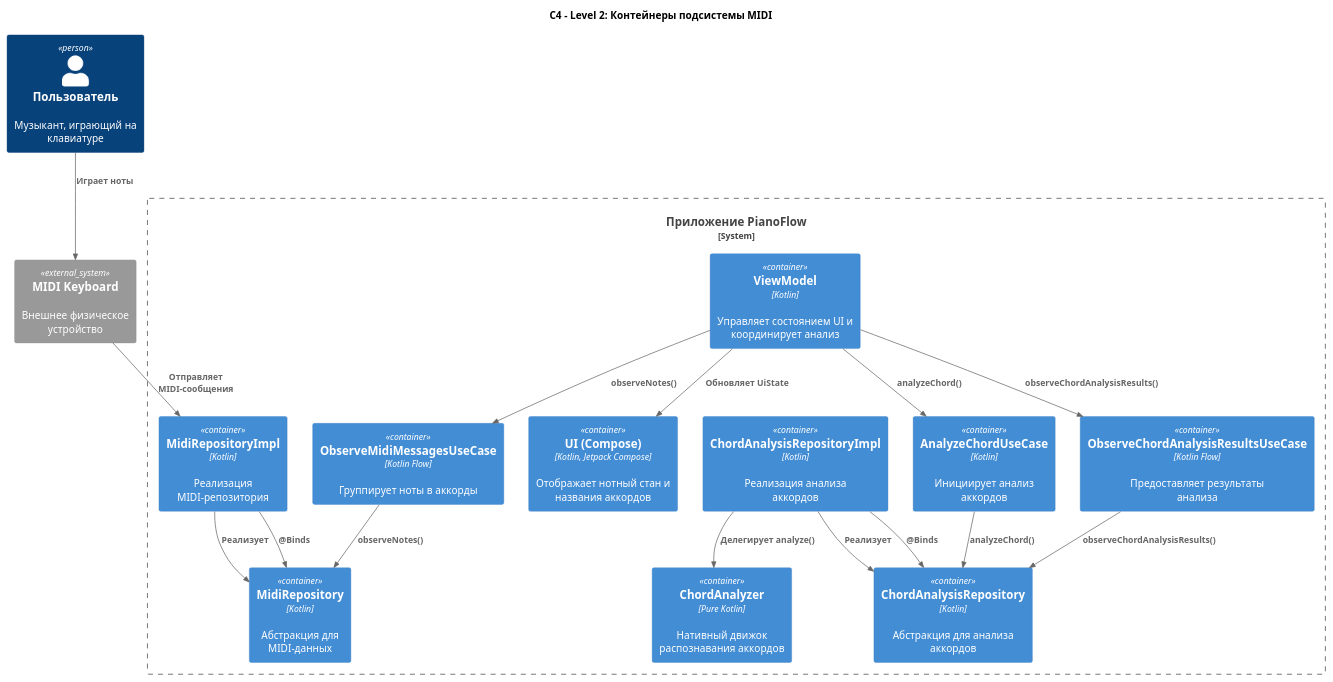
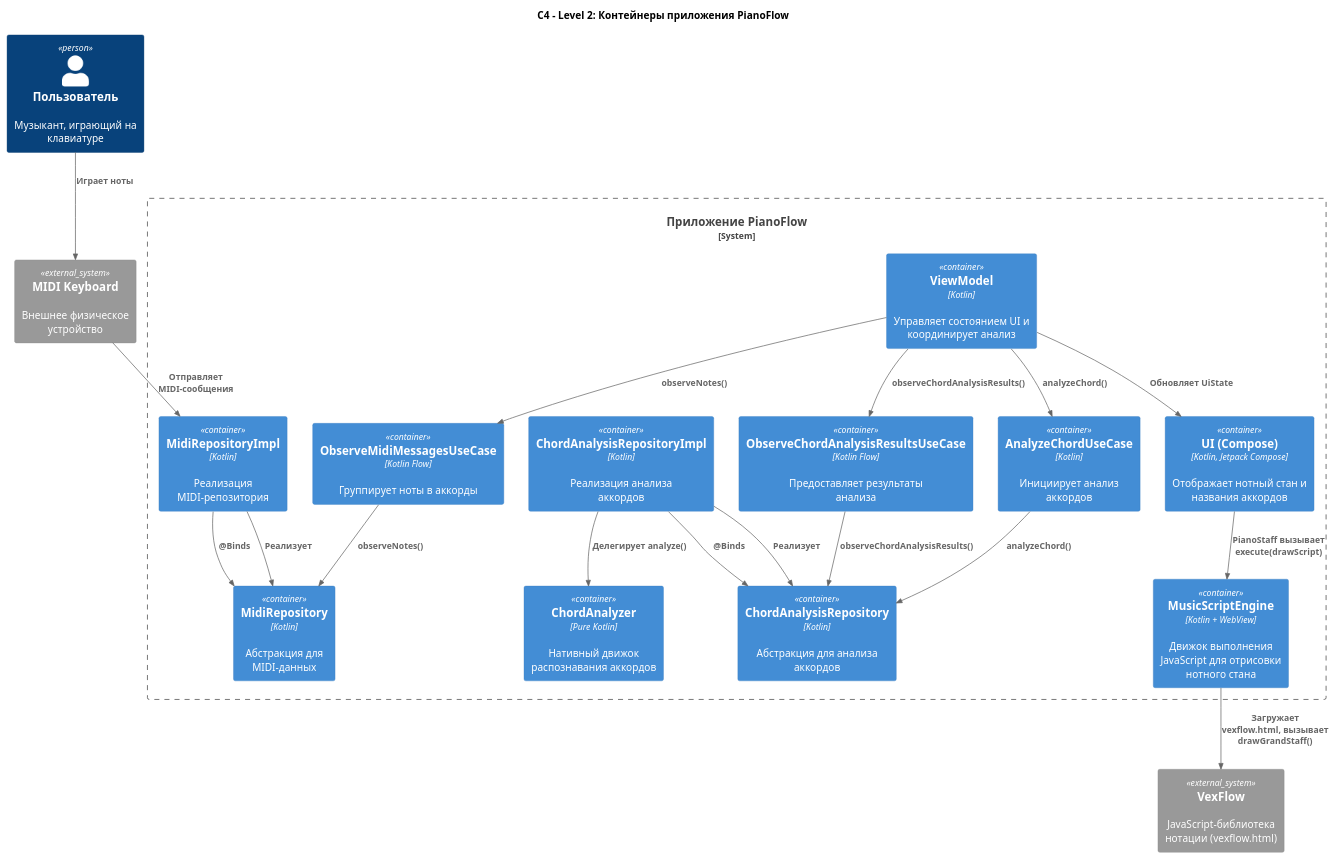
One commit to astrizhachuk/PianoFlow changed the first of 10 diagrams in docs/ru/specs/MIDI_MESSAGE_PROCESSING.md. Above: the diagram before and after it, drawn with PlantUML. The commit also changed other lines of this file and 5 other files, not shown here.

Commit message:
refactor: добавить MusicScriptEngine для выполнения JavaScript в WebView и тесты для него

````diff
--- a/docs/ru/specs/MIDI_MESSAGE_PROCESSING.md
+++ b/docs/ru/specs/MIDI_MESSAGE_PROCESSING.md
@@ -49,43 +52,47 @@
 ```plantuml
 @startuml
 !include https://raw.githubusercontent.com/plantuml-stdlib/C4-PlantUML/master/C4_Container.puml
 
-title C4 - Level 2: Контейнеры подсистемы MIDI
+title C4 - Level 2: Контейнеры приложения PianoFlow
 
 Person(user, "Пользователь", "Музыкант, играющий на клавиатуре")
 System_Ext(midi_device, "MIDI Keyboard", "Внешнее физическое устройство")
+System_Ext(vexflow, "VexFlow", "JavaScript-библиотека нотации (vexflow.html)")
 
 System_Boundary(piano_flow, "Приложение PianoFlow") {
     Container(ui, "UI (Compose)", "Kotlin, Jetpack Compose", "Отображает нотный стан и названия аккордов")
     Container(vm, "ViewModel", "Kotlin", "Управляет состоянием UI и координирует анализ")
     Container(observe_midi, "ObserveMidiMessagesUseCase", "Kotlin Flow", "Группирует ноты в аккорды")
     Container(analyze_chord, "AnalyzeChordUseCase", "Kotlin", "Инициирует анализ аккордов")
     Container(observe_chord, "ObserveChordAnalysisResultsUseCase", "Kotlin Flow", "Предоставляет результаты анализа")
     Container(midi_repo, "MidiRepository", "Kotlin", "Абстракция для MIDI-данных")
     Container(chord_repo, "ChordAnalysisRepository", "Kotlin", "Абстракция для анализа аккордов")
     Container(midi_repo_impl, "MidiRepositoryImpl", "Kotlin", "Реализация MIDI-репозитория")
     Container(chord_repo_impl, "ChordAnalysisRepositoryImpl", "Kotlin", "Реализация анализа аккордов")
     Container(chord_analyzer, "ChordAnalyzer", "Pure Kotlin", "Нативный движок распознавания аккордов")
+    Container(script_engine, "MusicScriptEngine", "Kotlin + WebView", "Движок выполнения JavaScript для отрисовки нотного стана")
 }
 
 Rel(user, midi_device, "Играет ноты")
 Rel(midi_device, midi_repo_impl, "Отправляет MIDI-сообщения")
 Rel(midi_repo_impl, midi_repo, "Реализует")
 Rel(chord_repo_impl, chord_repo, "Реализует")
 Rel(chord_repo_impl, chord_analyzer, "Делегирует analyze()")
 
 Rel(vm, observe_midi, "observeNotes()")
 Rel(vm, analyze_chord, "analyzeChord()")
 Rel(vm, observe_chord, "observeChordAnalysisResults()")
 
 Rel(observe_midi, midi_repo, "observeNotes()")
 Rel(analyze_chord, chord_repo, "analyzeChord()")
 Rel(observe_chord, chord_repo, "observeChordAnalysisResults()")
 
 Rel(midi_repo_impl, midi_repo, "@Binds")
 Rel(chord_repo_impl, chord_repo, "@Binds")
 
 Rel(vm, ui, "Обновляет UiState")
+Rel(ui, script_engine, "PianoStaff вызывает execute(drawScript)")
+Rel(script_engine, vexflow, "Загружает vexflow.html, вызывает drawGrandStaff()")
 
 @enduml
 ```
````
